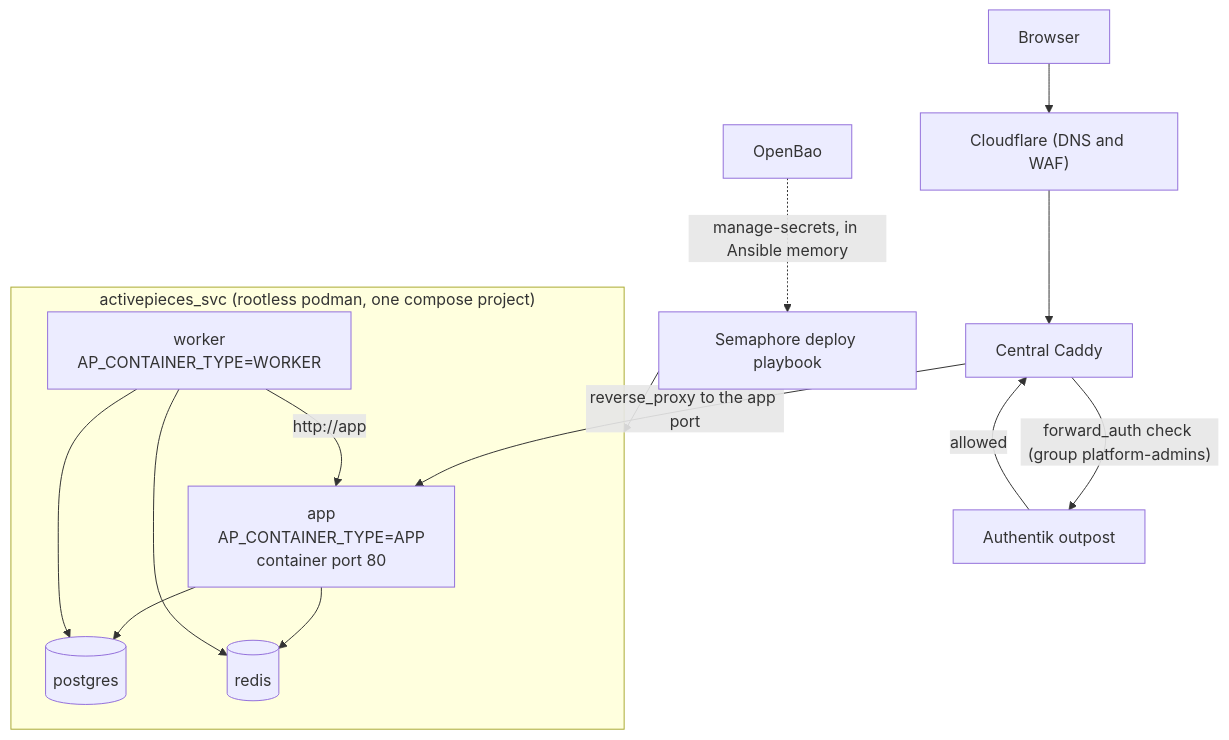
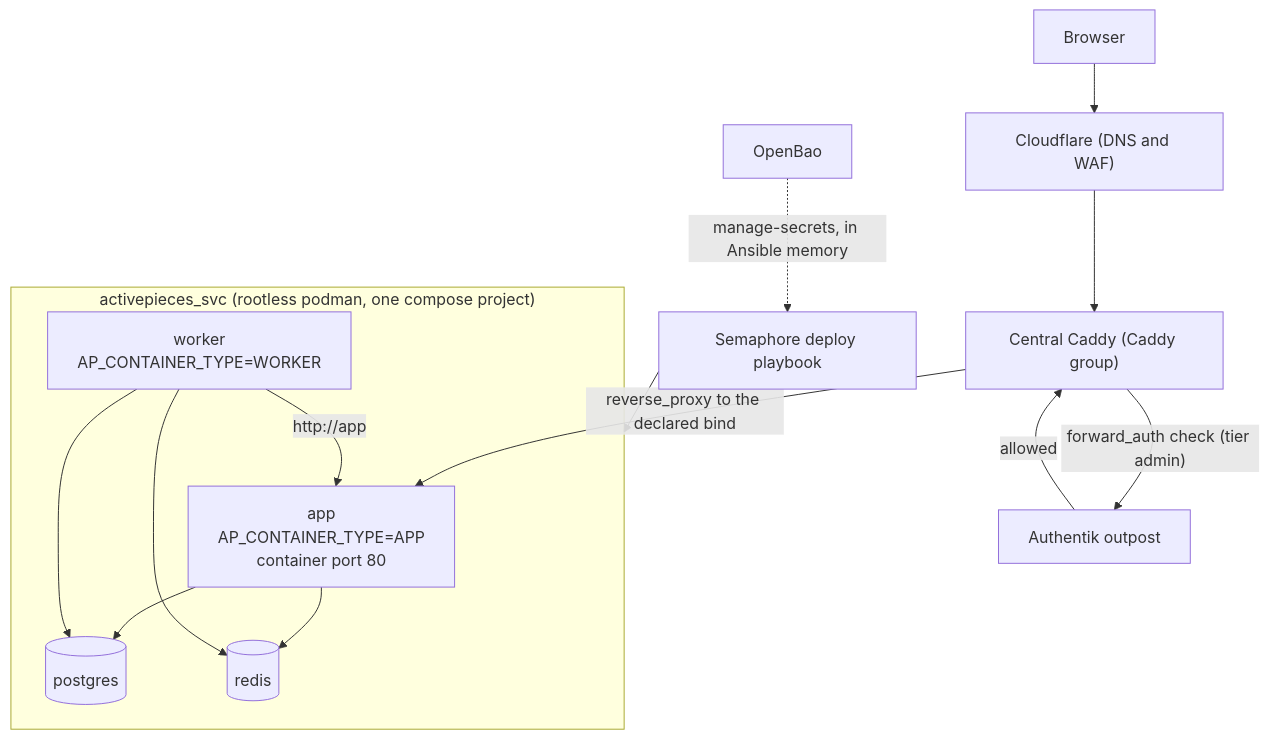
Before and after one commit to uhstray-io/agent-cloud: the first of 2 diagrams in plan/development/26-activepieces.md, drawn with Mermaid. The commit also changed other lines of this file and 4 other files, not shown here.

````diff
--- a/plan/development/26-activepieces.md
+++ b/plan/development/26-activepieces.md
@@ -111,23 +113,23 @@
 ```mermaid
 flowchart TD
     U["Browser"] --> CF["Cloudflare (DNS and WAF)"]
-    CF --> CAD["Central Caddy"]
-    CAD -->|"forward_auth check (group platform-admins)"| OUT["Authentik outpost"]
+    CF --> CAD["Central Caddy (Caddy group)"]
+    CAD -->|"forward_auth check (tier admin)"| OUT["Authentik outpost"]
     OUT -->|"allowed"| CAD
-    CAD -->|"reverse_proxy to the app port"| APP
+    CAD -->|"reverse_proxy to the declared bind"| APP
 
     subgraph VM["activepieces_svc (rootless podman, one compose project)"]
         APP["app<br/>AP_CONTAINER_TYPE=APP<br/>container port 80"]
         WRK["worker<br/>AP_CONTAINER_TYPE=WORKER"]
         PG[("postgres")]
         RD[("redis")]
         APP --> PG
         APP --> RD
         WRK --> PG
         WRK --> RD
         WRK -->|"http://app"| APP
     end
 
     SEM["Semaphore deploy playbook"] --> VM
     BAO["OpenBao"] -.->|"manage-secrets, in Ansible memory"| SEM
 ```
````
